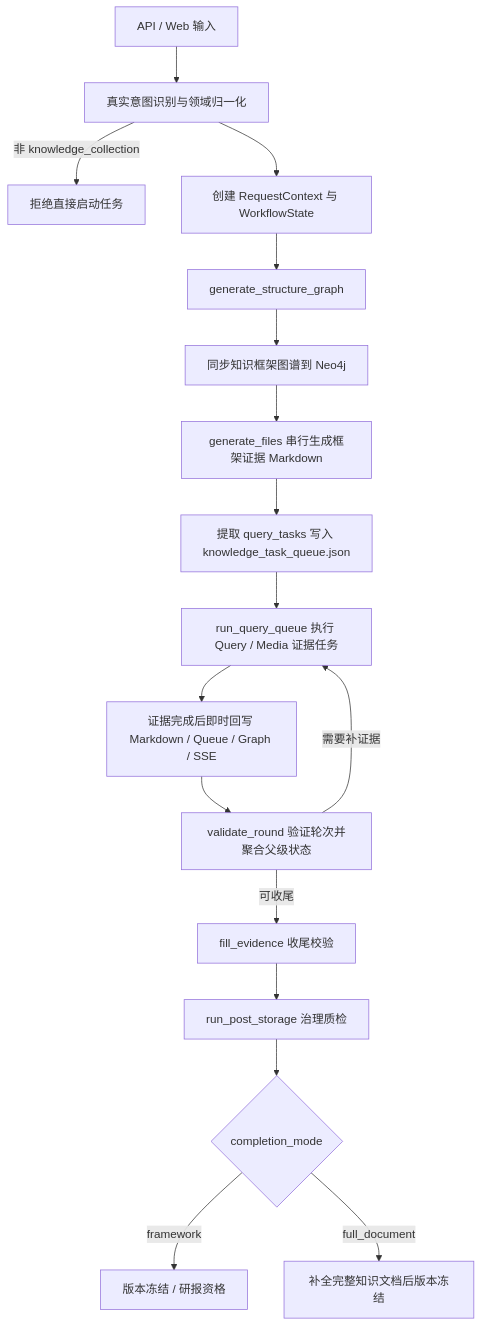
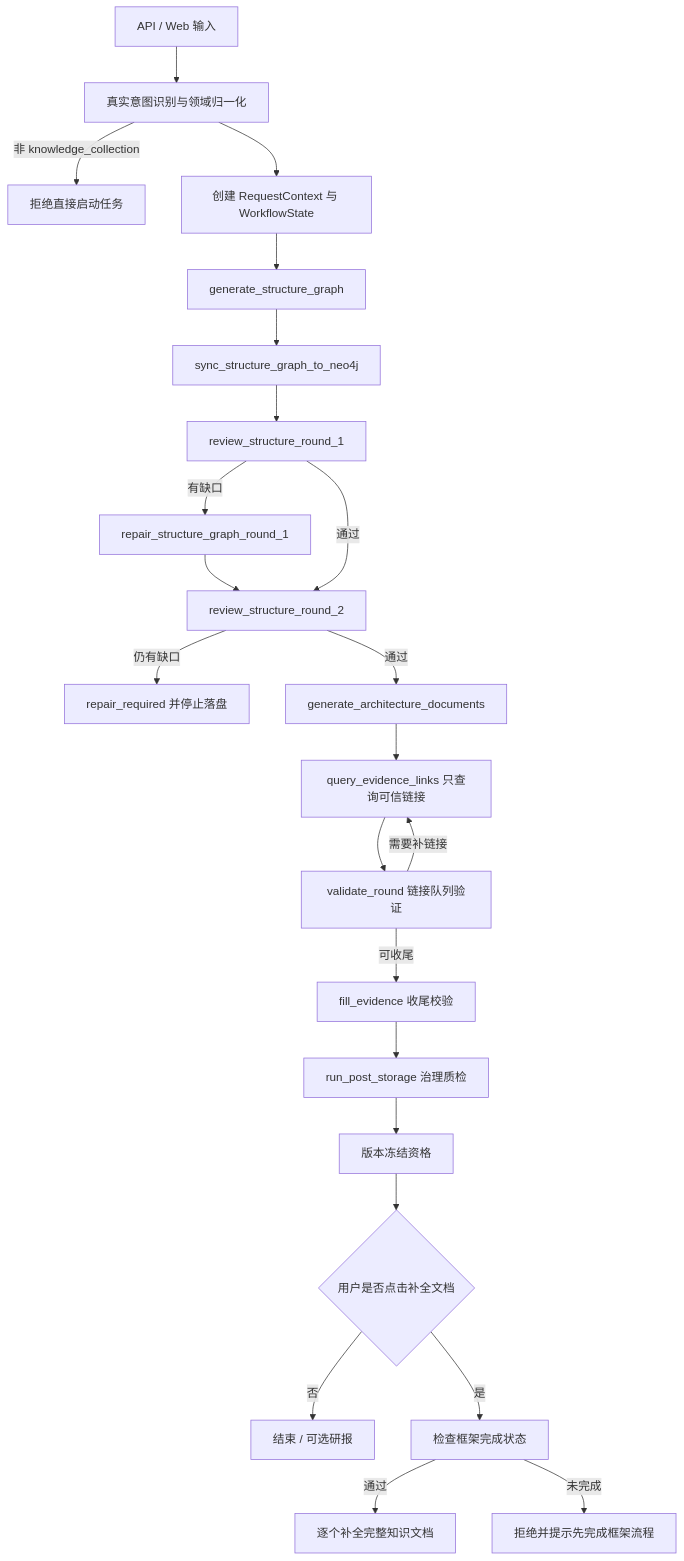
Before and after one commit to crabin/knowledgeforge: the diagram in docs/流程执行文档.md, drawn with Mermaid. The commit also changed other lines of this file and 21 other files, not shown here.

Commit message:
Refactor workflow around architecture review

````diff
--- a/docs/流程执行文档.md
+++ b/docs/流程执行文档.md
@@ -11,19 +11,25 @@
 ```mermaid
 flowchart TD
     A[API / Web 输入] --> B[真实意图识别与领域归一化]
     B -->|非 knowledge_collection| X[拒绝直接启动任务]
     B --> C[创建 RequestContext 与 WorkflowState]
     C --> D[generate_structure_graph]
-    D --> E[同步知识框架图谱到 Neo4j]
-    E --> F[generate_files 串行生成框架证据 Markdown]
-    F --> G[提取 query_tasks 写入 knowledge_task_queue.json]
-    G --> H[run_query_queue 执行 Query / Media 证据任务]
-    H --> I[证据完成后即时回写 Markdown / Queue / Graph / SSE]
-    I --> J[validate_round 验证轮次并聚合父级状态]
-    J -->|需要补证据| H
-    J -->|可收尾| K[fill_evidence 收尾校验]
-    K --> L[run_post_storage 治理质检]
-    L --> M{completion_mode}
-    M -->|framework| N[版本冻结 / 研报资格]
-    M -->|full_document| O[补全完整知识文档后版本冻结]
+    D --> E[sync_structure_graph_to_neo4j]
+    E --> F[review_structure_round_1]
+    F -->|有缺口| G[repair_structure_graph_round_1]
+    G --> H[review_structure_round_2]
+    F -->|通过| H
+    H -->|仍有缺口| S[repair_required 并停止落盘]
+    H -->|通过| I[generate_architecture_documents]
+    I --> J[query_evidence_links 只查询可信链接]
+    J --> K[validate_round 链接队列验证]
+    K -->|需要补链接| J
+    K -->|可收尾| L[fill_evidence 收尾校验]
+    L --> M[run_post_storage 治理质检]
+    M --> N[版本冻结资格]
+    N --> O{用户是否点击补全文档}
+    O -->|否| P[结束 / 可选研报]
+    O -->|是| Q[检查框架完成状态]
+    Q -->|通过| R[逐个补全完整知识文档]
+    Q -->|未完成| T[拒绝并提示先完成框架流程]
 ```
````
